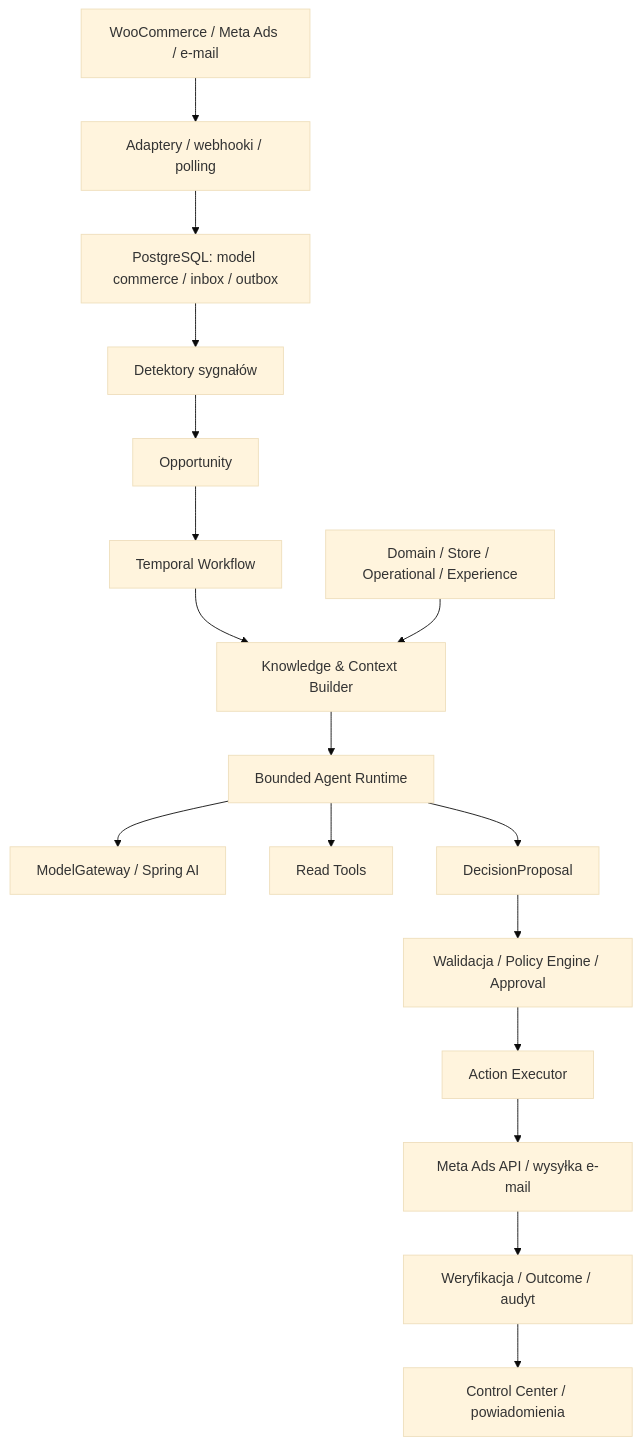
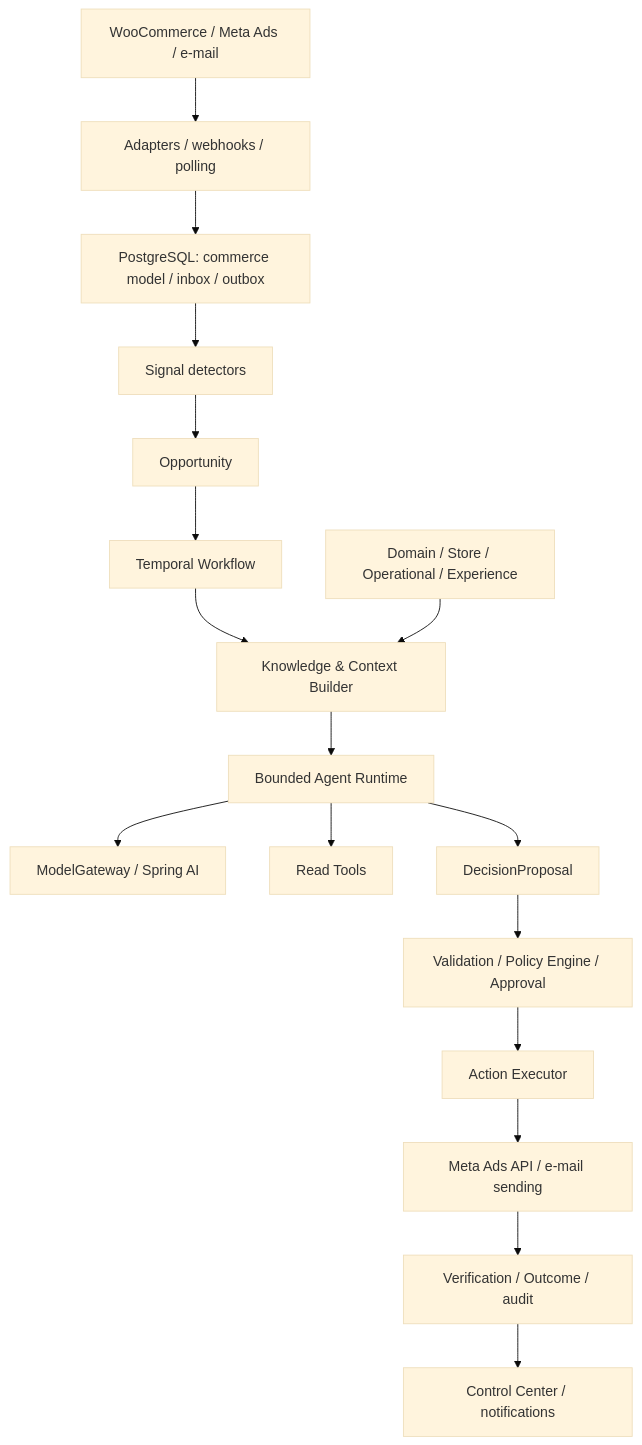
One commit to FabianLew/ecommerce-agent changed the diagram in docs/architecture/01-PRODUCT-VISION-AND-ARCHITECTURE.md. Above: the diagram before and after it, drawn with Mermaid (base theme). The commit also changed other lines of this file and 4 other files, not shown here.

First line of the commit message:
Translate architecture documents 01-05 to English

````diff
--- a/docs/architecture/01-PRODUCT-VISION-AND-ARCHITECTURE.md
+++ b/docs/architecture/01-PRODUCT-VISION-AND-ARCHITECTURE.md
@@ -143,19 +143,19 @@
 ```mermaid
 flowchart TD
-  Sources[WooCommerce / Meta Ads / e-mail] --> Integrations[Adaptery / webhooki / polling]
-  Integrations --> Data[PostgreSQL: model commerce / inbox / outbox]
-  Data --> Signals[Detektory sygnałów]
+  Sources[WooCommerce / Meta Ads / e-mail] --> Integrations[Adapters / webhooks / polling]
+  Integrations --> Data[PostgreSQL: commerce model / inbox / outbox]
+  Data --> Signals[Signal detectors]
   Signals --> Opportunity[Opportunity]
   Opportunity --> Temporal[Temporal Workflow]
   Temporal --> Context[Knowledge & Context Builder]
   Knowledge[Domain / Store / Operational / Experience] --> Context
   Context --> Runtime[Bounded Agent Runtime]
   Runtime --> Gateway[ModelGateway / Spring AI]
   Runtime --> ReadTools[Read Tools]
   Runtime --> Proposal[DecisionProposal]
-  Proposal --> Policy[Walidacja / Policy Engine / Approval]
+  Proposal --> Policy[Validation / Policy Engine / Approval]
   Policy --> Executor[Action Executor]
-  Executor --> Meta[Meta Ads API / wysyłka e-mail]
-  Meta --> Verify[Weryfikacja / Outcome / audyt]
-  Verify --> UI[Control Center / powiadomienia]
+  Executor --> Meta[Meta Ads API / e-mail sending]
+  Meta --> Verify[Verification / Outcome / audit]
+  Verify --> UI[Control Center / notifications]
 ```
````
